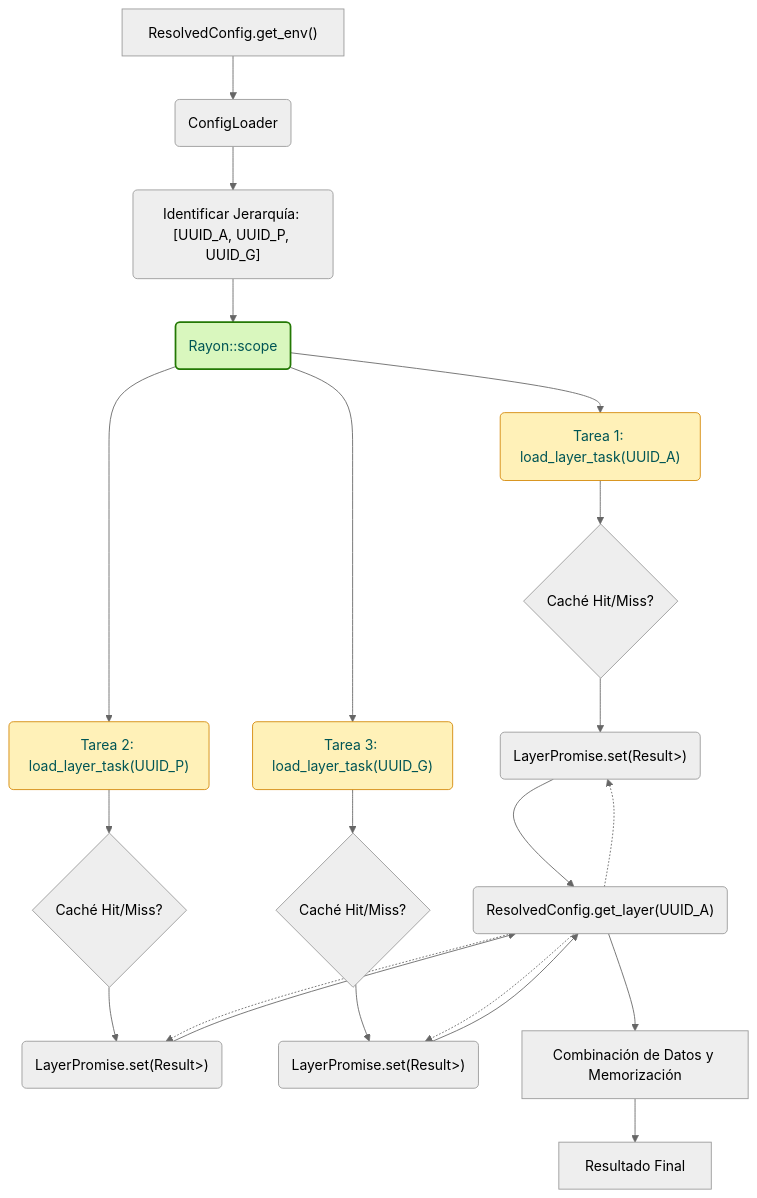
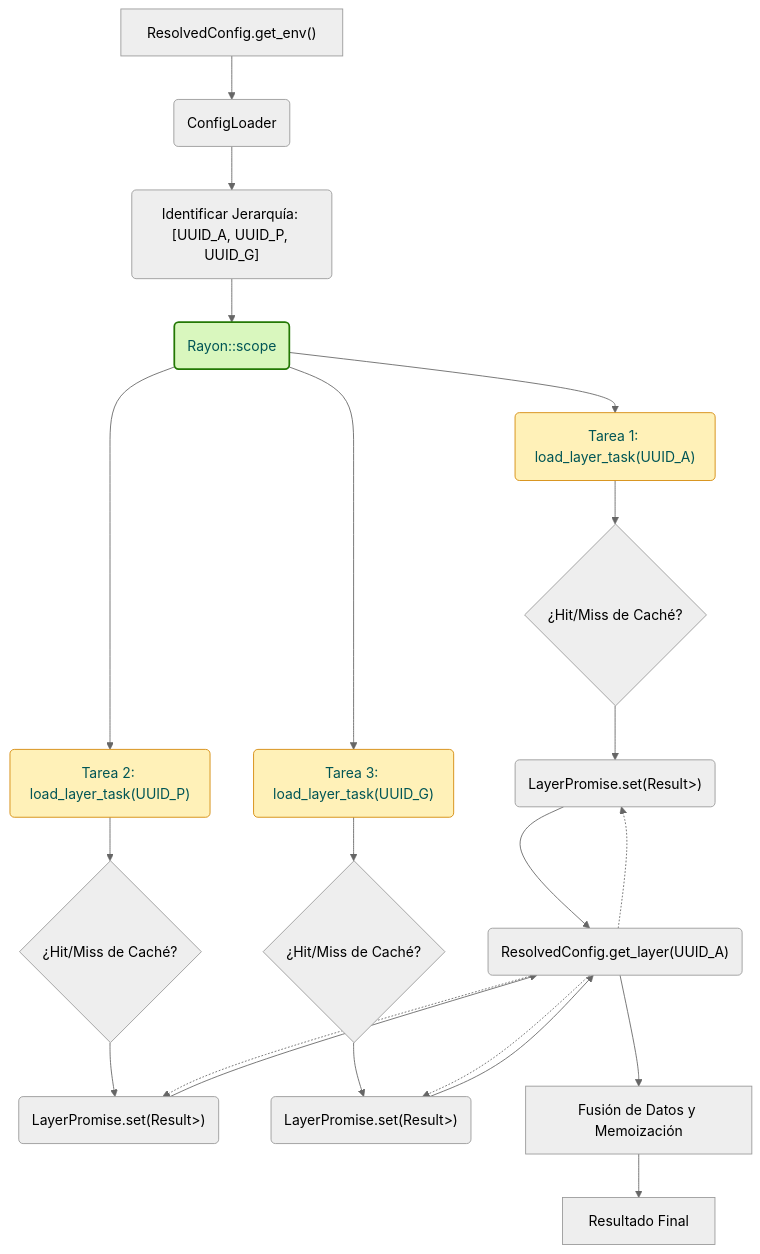
The second of 3 diagrams in docs/es/TECHNICAL.md (RetypeOS/axes), drawn with Mermaid (neutral theme) before and after one commit. The commit also changed other lines of this file and 17 other files, not shown here.

````diff
--- a/docs/es/TECHNICAL.md
+++ b/docs/es/TECHNICAL.md
@@ -117,36 +120,36 @@
 ```mermaid
 graph TD
     A["ResolvedConfig.get_env()"] --> B("ConfigLoader");
     B --> C("Identificar Jerarquía: [UUID_A, UUID_P, UUID_G]");
 
     C --> D_R(Rayon::scope);
     
     D_R --> E1("Tarea 1: load_layer_task(UUID_A)");
     D_R --> E2("Tarea 2: load_layer_task(UUID_P)");
     D_R --> E3("Tarea 3: load_layer_task(UUID_G)");
 
-    E1 --> F1{"Caché Hit/Miss?"};
-    E2 --> F2{"Caché Hit/Miss?"};
-    E3 --> F3{"Caché Hit/Miss?"};
+    E1 --> F1{"¿Hit/Miss de Caché?"};
+    E2 --> F2{"¿Hit/Miss de Caché?"};
+    E3 --> F3{"¿Hit/Miss de Caché?"};
 
     F1 --> G_A("LayerPromise.set(Result<Arc<Task>>)");
     F2 --> G_P("LayerPromise.set(Result<Arc<Task>>)");
     F3 --> G_G("LayerPromise.set(Result<Arc<Task>>)");
 
     G_A --> H("ResolvedConfig.get_layer(UUID_A)");
     G_P --> H;
     G_G --> H;
 
-    H --> I["Combinación de Datos y Memorización"];
+    H --> I["Fusión de Datos y Memoización"];
     I --> J["Resultado Final"];
 
     style D_R fill:#d9f7be,stroke:#237804,stroke-width:2px,color:#055
     style E1 fill:#fff1b8,stroke:#d48806,stroke-width:1px,color:#055
     style E2 fill:#fff1b8,stroke:#d48806,stroke-width:1px,color:#055
     style E3 fill:#fff1b8,stroke:#d48806,stroke-width:1px,color:#055
 
-    %% Sincronización eficiente con Arc/OnceLock
+    %% Sincronización eficiente usando Arc/OnceLock
     H -.-> G_A; 
     H -.-> G_P; 
     H -.-> G_G;
 ```
````
